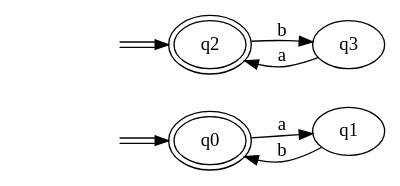
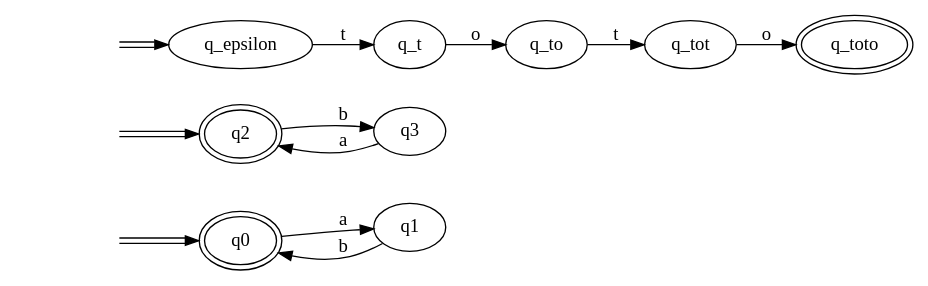
One commit to Christopher-Caroni/L3INFO changed the diagram in TDM5/ael/automate-test.dot. Above: the diagram before and after it, drawn with Graphviz. The commit also changed 3 other files, not shown here.

```diff
--- a/TDM5/ael/automate-test.dot
+++ b/TDM5/ael/automate-test.dot
@@ -1,11 +1,17 @@
 digraph Automaton { 
   rankdir = LR
-  0 [label="q0",peripheries=2];  1 [label="q1"];  2 [label="q2",peripheries=2];  3 [label="q3"];  start0 [style=invis]
+  0 [label="q0",peripheries=2];  1 [label="q1"];  2 [label="q2",peripheries=2];  3 [label="q3"];  4 [label="q_epsilon"];  5 [label="q_t"];  6 [label="q_to"];  7 [label="q_tot"];  8 [label="q_toto",peripheries=2];  start0 [style=invis]
   start0 -> 0[color="black:white:black"]
   start2 [style=invis]
   start2 -> 2[color="black:white:black"]
+  start4 [style=invis]
+  start4 -> 4[color="black:white:black"]
   0 -> 1 [label = "a" ]
   1 -> 0 [label = "b" ]
   2 -> 3 [label = "b" ]
   3 -> 2 [label = "a" ]
+  4 -> 5 [label = "t" ]
+  5 -> 6 [label = "o" ]
+  6 -> 7 [label = "t" ]
+  7 -> 8 [label = "o" ]
 }
```
